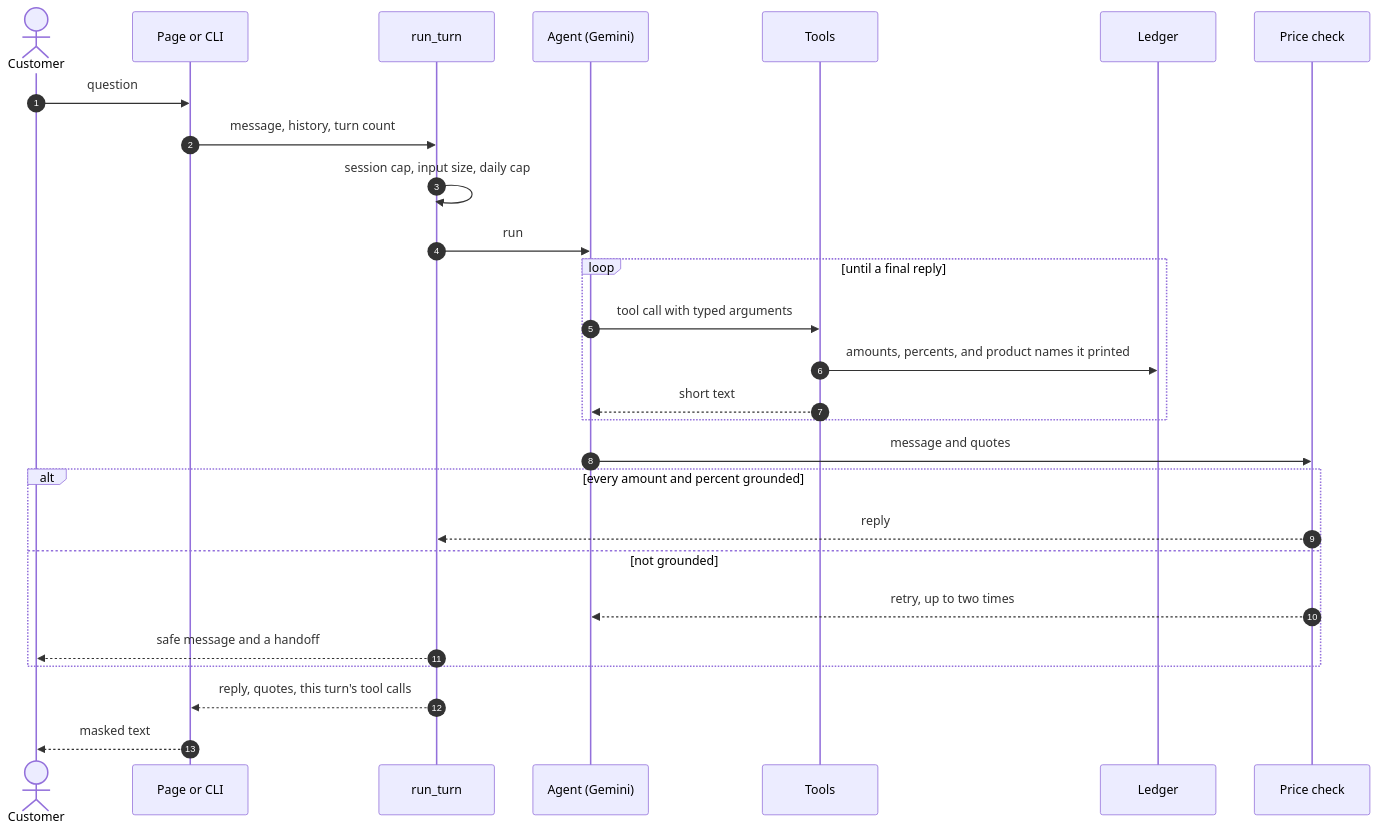
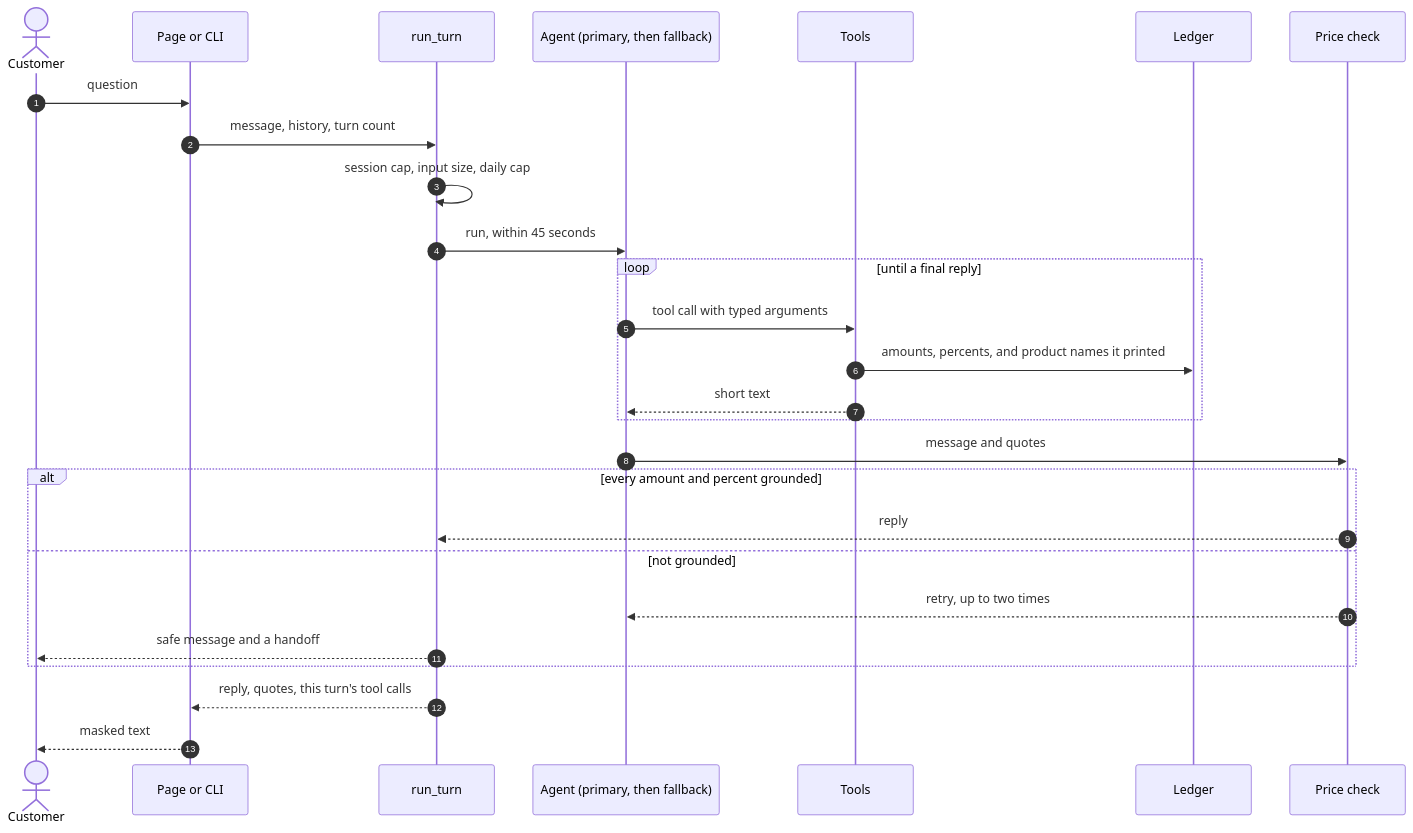
One commit to melocalex/music-store-ai-agent changed the diagram in docs/architecture.md. Above: the diagram before and after it, drawn with Mermaid. The commit also changed other lines of this file and 3 other files, not shown here.

First line of the commit message:
docs(model): describe the primary, the fallback, and the timeouts

````diff
--- a/docs/architecture.md
+++ b/docs/architecture.md
@@ -7,29 +7,29 @@
 ```mermaid
 sequenceDiagram
   autonumber
   actor C as Customer
   participant P as Page or CLI
   participant R as run_turn
-  participant A as Agent (Gemini)
+  participant A as Agent (primary, then fallback)
   participant T as Tools
   participant L as Ledger
   participant G as Price check
   C->>P: question
   P->>R: message, history, turn count
   R->>R: session cap, input size, daily cap
-  R->>A: run
+  R->>A: run, within 45 seconds
   loop until a final reply
     A->>T: tool call with typed arguments
     T->>L: amounts, percents, and product names it printed
     T-->>A: short text
   end
   A->>G: message and quotes
   alt every amount and percent grounded
     G-->>R: reply
   else not grounded
     G-->>A: retry, up to two times
     R-->>C: safe message and a handoff
   end
   R-->>P: reply, quotes, this turn's tool calls
   P-->>C: masked text
 ```
````
